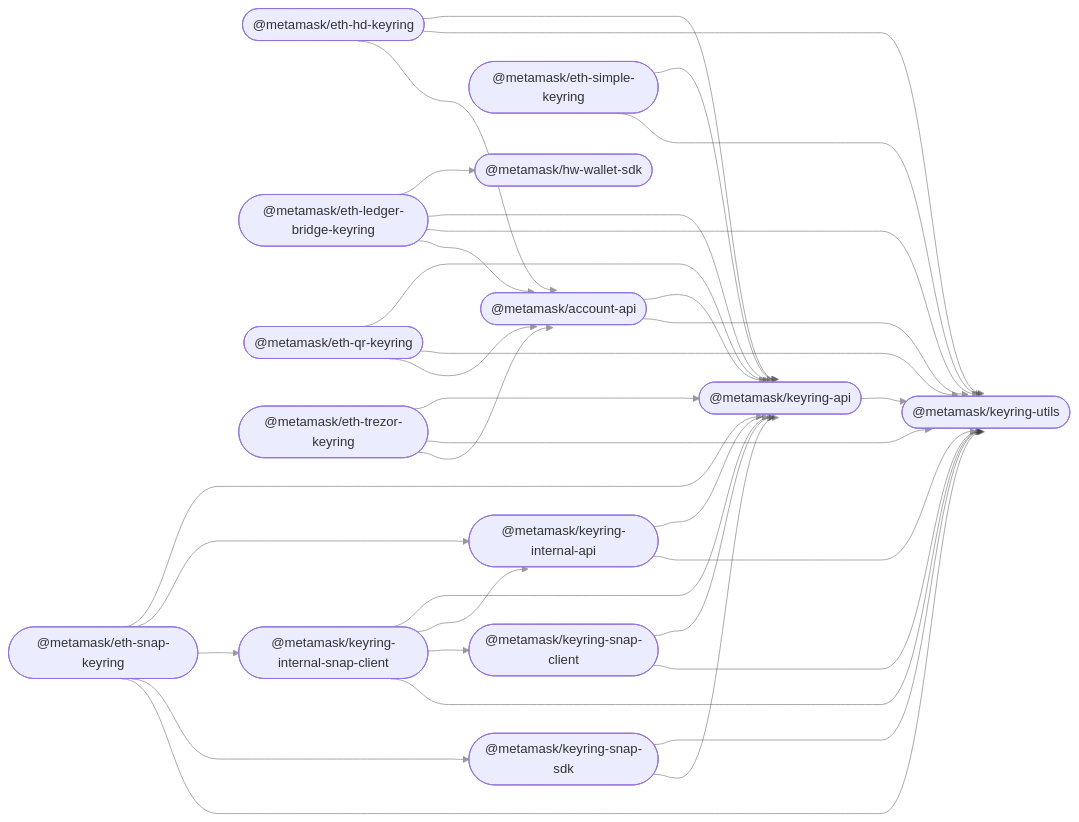
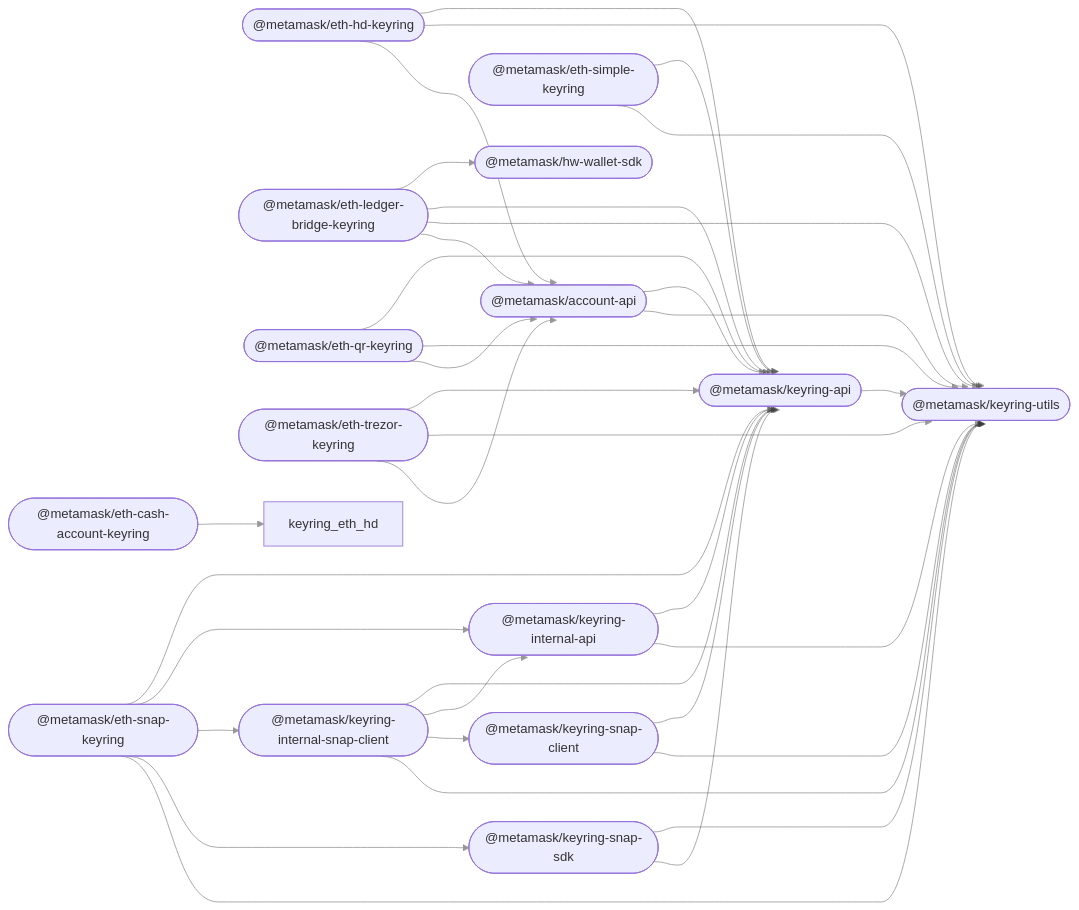
One commit to MetaMask/accounts changed the diagram in README.md. Above: the diagram before and after it, drawn with Mermaid. The commit also changed other lines of this file and 15 other files, not shown here.

Commit message:
feat: add cash account keyring based on hd-key-ring

````diff
--- a/README.md
+++ b/README.md
@@ -36,52 +37,54 @@
 ```mermaid
 %%{ init: { 'flowchart': { 'curve': 'bumpX' } } }%%
 graph LR;
 linkStyle default opacity:0.5
   account_api(["@metamask/account-api"]);
   hw_wallet_sdk(["@metamask/hw-wallet-sdk"]);
   keyring_api(["@metamask/keyring-api"]);
+  eth_cash_account_keyring(["@metamask/eth-cash-account-keyring"]);
   eth_hd_keyring(["@metamask/eth-hd-keyring"]);
   eth_ledger_bridge_keyring(["@metamask/eth-ledger-bridge-keyring"]);
   eth_qr_keyring(["@metamask/eth-qr-keyring"]);
   eth_simple_keyring(["@metamask/eth-simple-keyring"]);
   eth_trezor_keyring(["@metamask/eth-trezor-keyring"]);
   keyring_internal_api(["@metamask/keyring-internal-api"]);
   keyring_internal_snap_client(["@metamask/keyring-internal-snap-client"]);
   eth_snap_keyring(["@metamask/eth-snap-keyring"]);
   keyring_snap_client(["@metamask/keyring-snap-client"]);
   keyring_snap_sdk(["@metamask/keyring-snap-sdk"]);
   keyring_utils(["@metamask/keyring-utils"]);
   account_api --> keyring_api;
   account_api --> keyring_utils;
   keyring_api --> keyring_utils;
+  eth_cash_account_keyring --> keyring_eth_hd;
   eth_hd_keyring --> keyring_api;
   eth_hd_keyring --> keyring_utils;
   eth_hd_keyring --> account_api;
   eth_ledger_bridge_keyring --> hw_wallet_sdk;
   eth_ledger_bridge_keyring --> keyring_api;
   eth_ledger_bridge_keyring --> keyring_utils;
   eth_ledger_bridge_keyring --> account_api;
   eth_qr_keyring --> keyring_api;
   eth_qr_keyring --> keyring_utils;
   eth_qr_keyring --> account_api;
   eth_simple_keyring --> keyring_api;
   eth_simple_keyring --> keyring_utils;
   eth_trezor_keyring --> keyring_api;
   eth_trezor_keyring --> keyring_utils;
   eth_trezor_keyring --> account_api;
   keyring_internal_api --> keyring_api;
   keyring_internal_api --> keyring_utils;
   keyring_internal_snap_client --> keyring_api;
   keyring_internal_snap_client --> keyring_internal_api;
   keyring_internal_snap_client --> keyring_snap_client;
   keyring_internal_snap_client --> keyring_utils;
   eth_snap_keyring --> keyring_api;
   eth_snap_keyring --> keyring_internal_api;
   eth_snap_keyring --> keyring_internal_snap_client;
   eth_snap_keyring --> keyring_snap_sdk;
   eth_snap_keyring --> keyring_utils;
   keyring_snap_client --> keyring_api;
   keyring_snap_client --> keyring_utils;
   keyring_snap_sdk --> keyring_utils;
   keyring_snap_sdk --> keyring_api;
 ```
````
